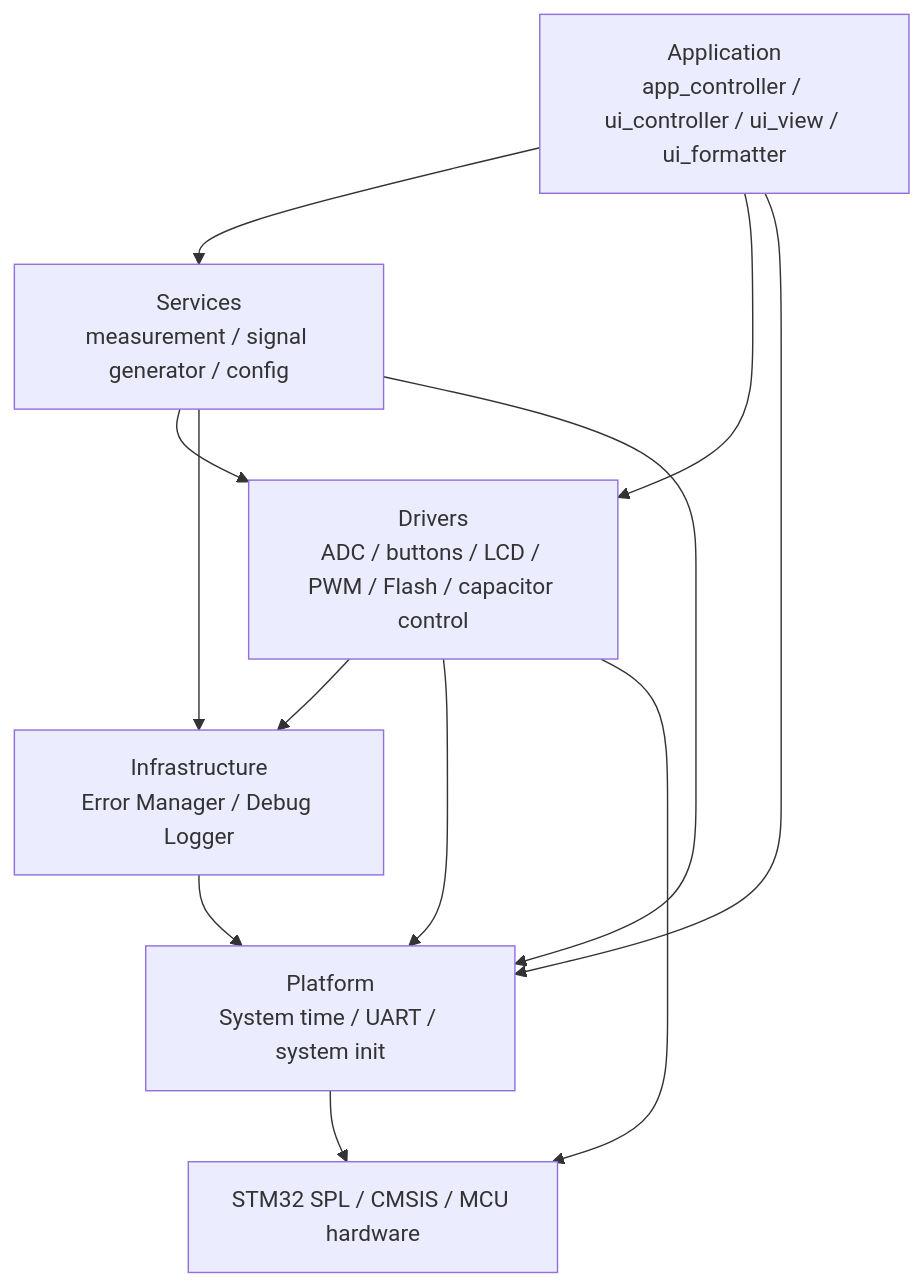
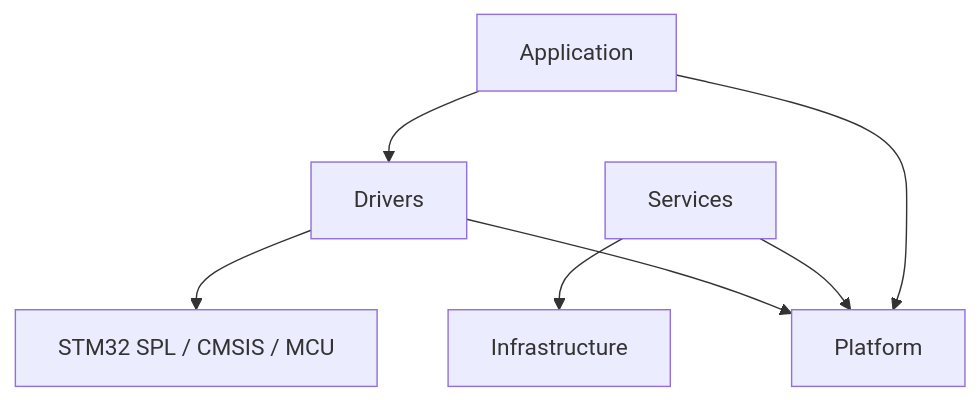
The fourth of 21 diagrams in README.md (haikevins/Multimeter_Project), drawn with Mermaid before and after one commit. The commit also changed other lines of this file, not shown here.

````diff
--- a/README.md
+++ b/README.md
@@ -215,21 +237,9 @@
 ```mermaid
 flowchart TB
-    APP["Application\napp_controller / ui_controller / ui_view / ui_formatter"]
-    SVC["Services\nmeasurement / signal generator / config"]
-    DRV["Drivers\nADC / buttons / LCD / PWM / Flash / capacitor control"]
-    INF["Infrastructure\nError Manager / Debug Logger"]
-    PLT["Platform\nSystem time / UART / system init"]
-    VENDOR["STM32 SPL / CMSIS / MCU hardware"]
-
-    APP --> SVC
-    APP --> DRV
-    SVC --> DRV
-    DRV --> INF
-    SVC --> INF
-    INF --> PLT
-    APP --> PLT
+    APP["Application"] --> DRV["Drivers"]
+    APP --> PLT["Platform"]
+    SVC["Services"] --> INF["Infrastructure"]
     SVC --> PLT
     DRV --> PLT
-    PLT --> VENDOR
-    DRV --> VENDOR
+    DRV --> VENDOR["STM32 SPL / CMSIS / MCU"]
 ```
````
